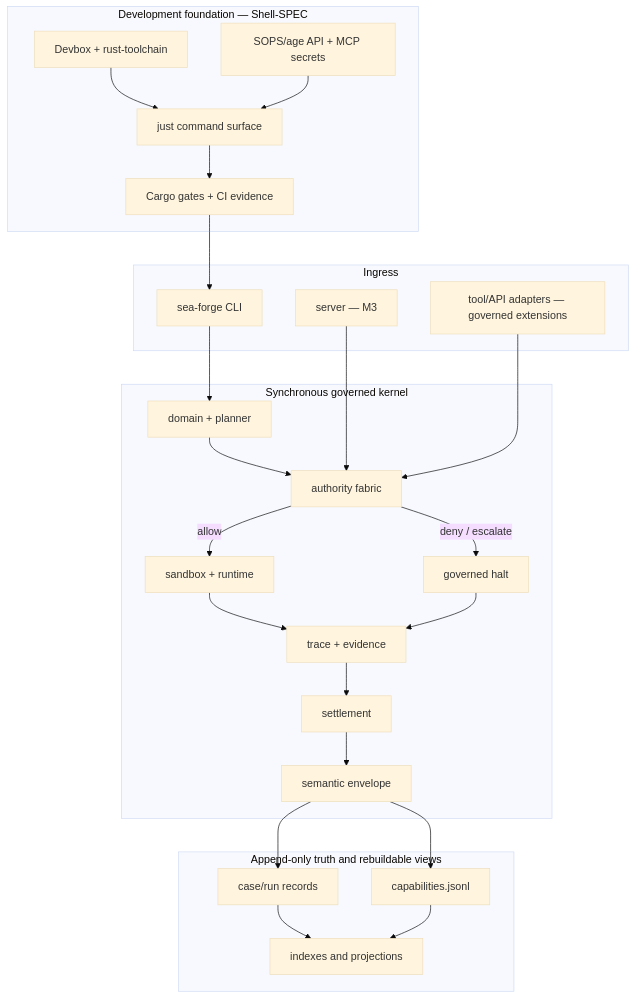
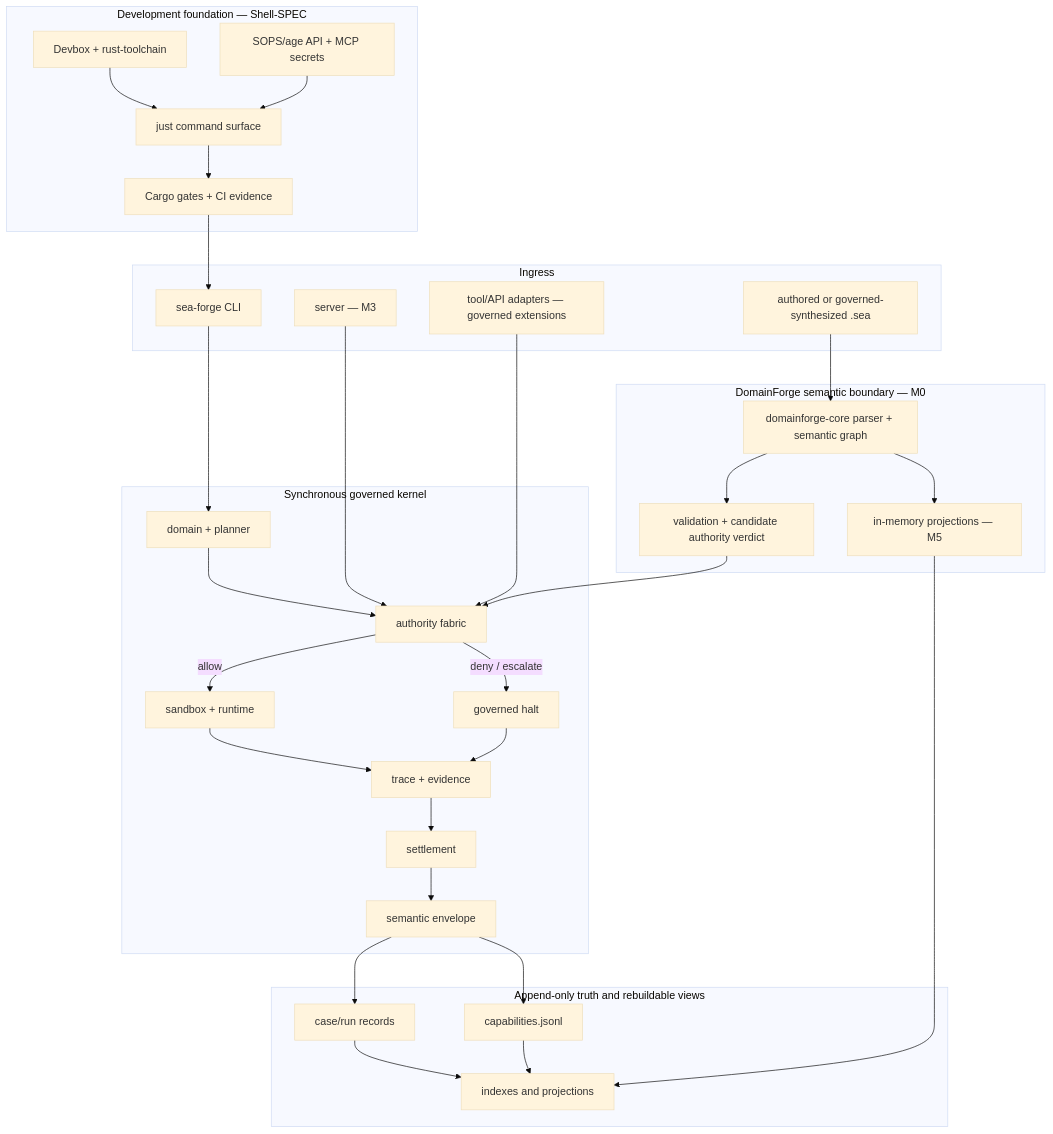
The diagram in ARCHITECTURE.md (GodSpeedAI/SEA-Forge), drawn with Mermaid (base theme) before and after one commit. The commit also changed other lines of this file and 4 other files, not shown here.

First line of the commit message:
docs: define the DomainForge semantic boundary

````diff
--- a/ARCHITECTURE.md
+++ b/ARCHITECTURE.md
@@ -39,37 +39,48 @@
 ```mermaid
 flowchart TB
   subgraph foundation["Development foundation — Shell-SPEC"]
     DEV["Devbox + rust-toolchain"] --> JUST["just command surface"]
     SEC["SOPS/age API + MCP secrets"] --> JUST
     JUST --> CI["Cargo gates + CI evidence"]
   end
 
   subgraph ingress["Ingress"]
     CLI["sea-forge CLI"]
     SRV["server — M3"]
     EXT["tool/API adapters — governed extensions"]
+    SEA["authored or governed-synthesized .sea"]
+  end
+
+  subgraph semantics["DomainForge semantic boundary — M0"]
+    DF["domainforge-core parser + semantic graph"]
+    DFEVAL["validation + candidate authority verdict"]
+    DFPROJ["in-memory projections — M5"]
+    SEA --> DF
+    DF --> DFEVAL & DFPROJ
   end
 
   subgraph kernel["Synchronous governed kernel"]
     DOMAIN["domain + planner"] --> AUTH["authority fabric"]
     AUTH -->|allow| EXEC["sandbox + runtime"]
     AUTH -->|deny / escalate| HALT["governed halt"]
     EXEC --> RECORD["trace + evidence"]
     HALT --> RECORD
     RECORD --> SETTLE["settlement"]
     SETTLE --> ENV["semantic envelope"]
   end
 
   subgraph truth["Append-only truth and rebuildable views"]
     CASES["case/run records"]
     CAP["capabilities.jsonl"]
     PROJ["indexes and projections"]
   end
 
   CI --> CLI
   CLI --> DOMAIN
+  DFEVAL --> AUTH
   SRV --> AUTH
   EXT --> AUTH
   ENV --> CASES & CAP
   CASES & CAP --> PROJ
+  DFPROJ --> PROJ
 ```
````
